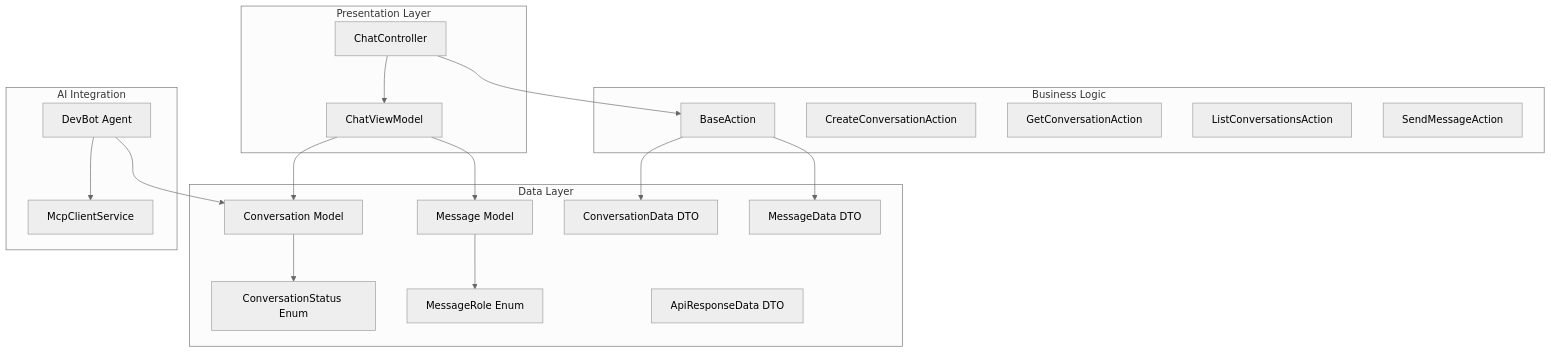
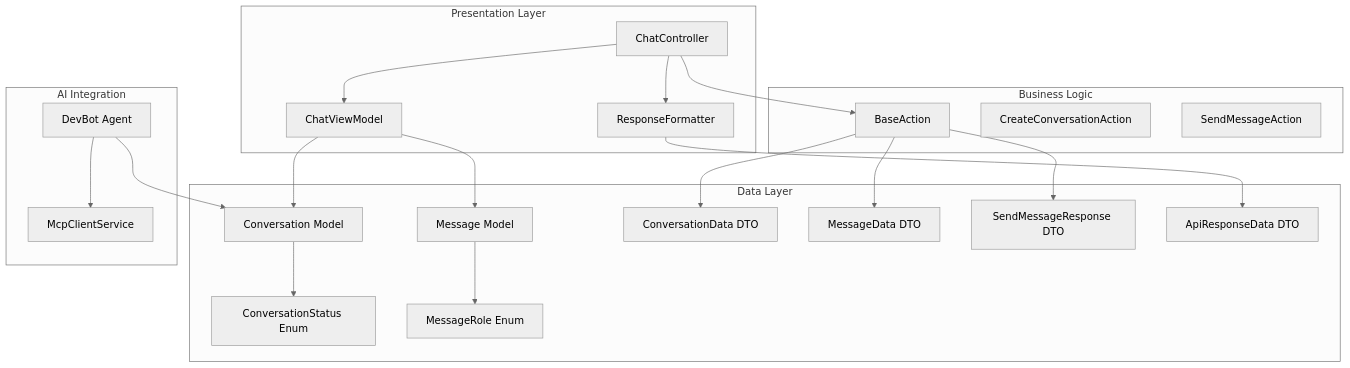
Before and after one commit to siimliimand/laravel-assistant: the first of 10 diagrams in .qoder/repowiki/en/content/Architectural Standards Specification.md, drawn with Mermaid (neutral theme). The commit also changed other lines of this file and 8 other files, not shown here.

First line of the commit message:
docs(actions): add PrepareChatViewAction and update architecture docs

````diff
--- a/.qoder/repowiki/en/content/Architectural Standards Specification.md
+++ b/.qoder/repowiki/en/content/Architectural Standards Specification.md
@@ -48,37 +62,40 @@
 ```mermaid
 graph TB
 subgraph "Presentation Layer"
 Controller["ChatController"]
 ViewModel["ChatViewModel"]
+Formatter["ResponseFormatter"]
 end
 subgraph "Business Logic"
 ActionBase["BaseAction"]
 CreateConv["CreateConversationAction"]
-GetConv["GetConversationAction"]
-ListConv["ListConversationsAction"]
 SendMsg["SendMessageAction"]
 end
 subgraph "Data Layer"
 ConvModel["Conversation Model"]
 MsgModel["Message Model"]
 ConvEnum["ConversationStatus Enum"]
 RoleEnum["MessageRole Enum"]
 ConvDTO["ConversationData DTO"]
 MsgDTO["MessageData DTO"]
+SendResp["SendMessageResponse DTO"]
 ApiResp["ApiResponseData DTO"]
 end
 subgraph "AI Integration"
 DevBot["DevBot Agent"]
 McpSvc["McpClientService"]
 end
 Controller --> ActionBase
 Controller --> ViewModel
+Controller --> Formatter
 ActionBase --> ConvDTO
 ActionBase --> MsgDTO
+ActionBase --> SendResp
 ViewModel --> ConvModel
 ViewModel --> MsgModel
 ConvModel --> ConvEnum
 MsgModel --> RoleEnum
 DevBot --> McpSvc
 DevBot --> ConvModel
+Formatter --> ApiResp
 ```
````
